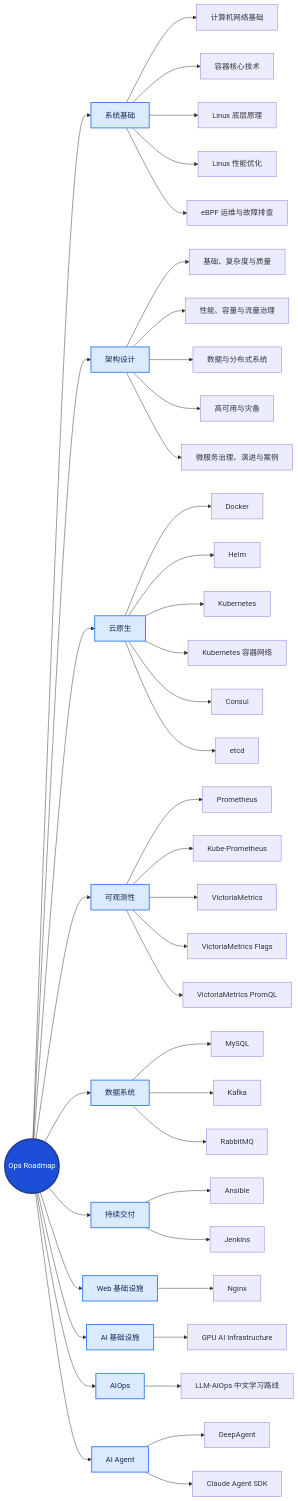
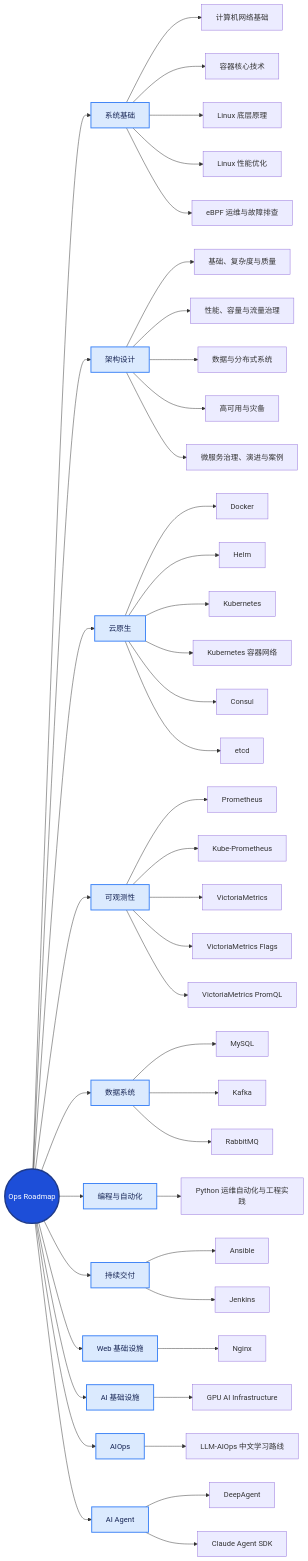
Before and after one commit to luozijian1990/ops-roadmap: the diagram in roadmap.md, drawn with Mermaid.

Commit message:
docs: add Python topic to roadmap map

````diff
--- a/roadmap.md
+++ b/roadmap.md
@@ -5,60 +5,63 @@
 ```mermaid
 flowchart LR
   root((Ops Roadmap))
 
   root --> systems[系统基础]
   systems --> network[计算机网络基础]
   systems --> container[容器核心技术]
   systems --> linux[Linux 底层原理]
   systems --> linuxPerformance[Linux 性能优化]
   systems --> ebpf[eBPF 运维与故障排查]
 
   root --> architecture[架构设计]
   architecture --> architectureFoundations[基础、复杂度与质量]
   architecture --> architecturePerformance[性能、容量与流量治理]
   architecture --> architectureDistributed[数据与分布式系统]
   architecture --> architectureReliability[高可用与灾备]
   architecture --> architectureEvolution[微服务治理、演进与案例]
 
   root --> cloudNative[云原生]
   cloudNative --> docker[Docker]
   cloudNative --> helm[Helm]
   cloudNative --> kubernetes[Kubernetes]
   cloudNative --> kubernetesNetworking[Kubernetes 容器网络]
   cloudNative --> consul[Consul]
   cloudNative --> etcd[etcd]
 
   root --> observability[可观测性]
   observability --> prometheus[Prometheus]
   observability --> kubePrometheus[Kube-Prometheus]
   observability --> victoriaMetrics[VictoriaMetrics]
   observability --> victoriaMetricsFlags[VictoriaMetrics Flags]
   observability --> victoriaMetricsPromql[VictoriaMetrics PromQL]
 
   root --> dataSystems[数据系统]
   dataSystems --> mysql[MySQL]
   dataSystems --> kafka[Kafka]
   dataSystems --> rabbitmq[RabbitMQ]
 
+  root --> programming[编程与自动化]
+  programming --> pythonForOperations[Python 运维自动化与工程实践]
+
   root --> delivery[持续交付]
   delivery --> ansible[Ansible]
   delivery --> jenkins[Jenkins]
 
   root --> webInfra[Web 基础设施]
   webInfra --> nginx[Nginx]
 
   root --> aiInfra[AI 基础设施]
   aiInfra --> gpu[GPU AI Infrastructure]
 
   root --> aiops[AIOps]
   aiops --> llmAiops[LLM-AIOps 中文学习路线]
 
   root --> aiAgent[AI Agent]
   aiAgent --> deepAgent[DeepAgent]
   aiAgent --> claudeAgentSdk[Claude Agent SDK]
 
   classDef rootNode fill:#1d4ed8,stroke:#1e3a8a,color:#ffffff,stroke-width:3px
   classDef categoryNode fill:#dbeafe,stroke:#3b82f6,color:#172554,stroke-width:2px
   class root rootNode
-  class systems,architecture,cloudNative,observability,dataSystems,delivery,webInfra,aiInfra,aiops,aiAgent categoryNode
+  class systems,architecture,cloudNative,observability,dataSystems,programming,delivery,webInfra,aiInfra,aiops,aiAgent categoryNode
 ```
````
